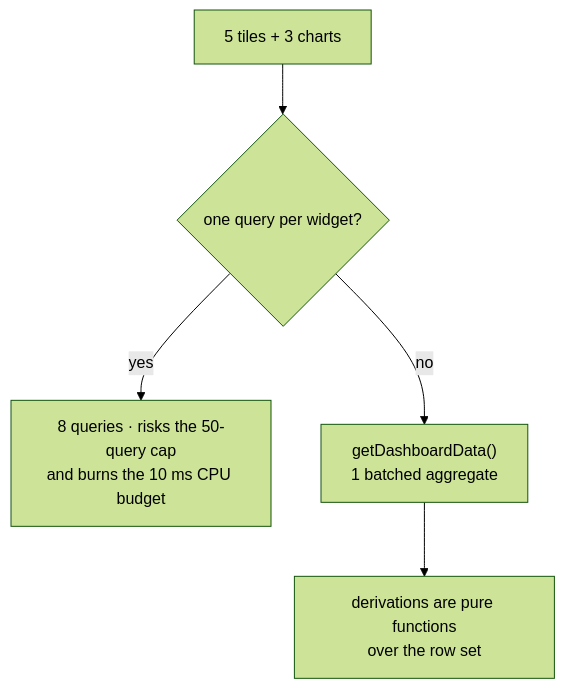
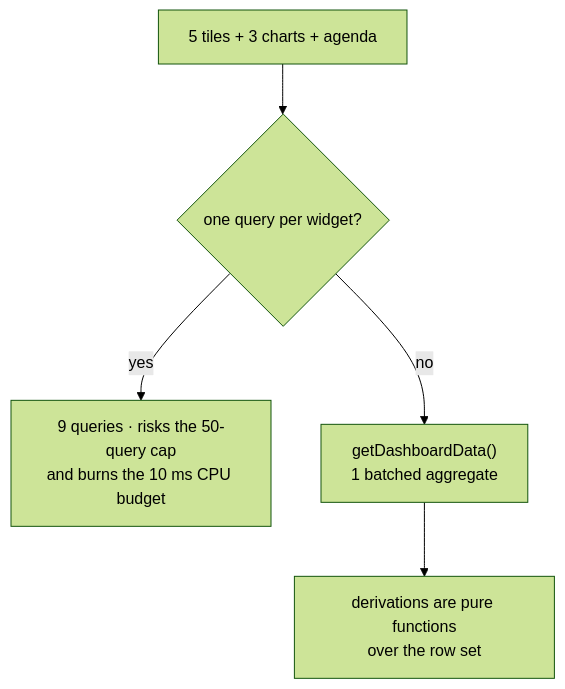
One commit to c0k0n/job-tracker changed the fifth of 5 diagrams in docs/analytics.md. Above: the diagram before and after it, drawn with Mermaid (forest theme). The commit also changed other lines of this file and 28 other files, not shown here.

````diff
--- a/docs/analytics.md
+++ b/docs/analytics.md
@@ -83,7 +117,7 @@
 ```mermaid
 flowchart TD
-    A["5 tiles + 3 charts"] --> B{"one query per widget?"}
-    B -- yes --> C["8 queries · risks the 50-query cap<br/>and burns the 10 ms CPU budget"]
+    A["5 tiles + 3 charts + agenda"] --> B{"one query per widget?"}
+    B -- yes --> C["9 queries · risks the 50-query cap<br/>and burns the 10 ms CPU budget"]
     B -- no --> D["getDashboardData()<br/>1 batched aggregate"]
     D --> E["derivations are pure functions<br/>over the row set"]
 ```
````
